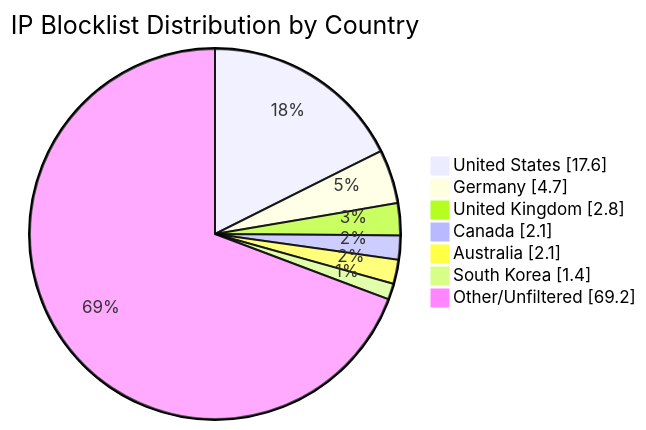
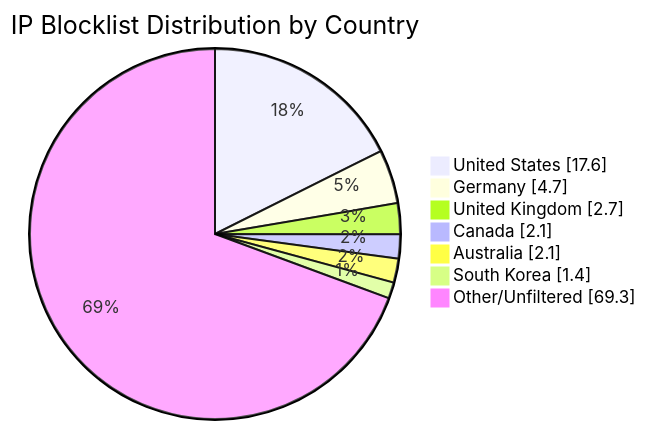
The diagram in README.md (MarcusHoltz/ipblocklist-geofiltered-aggregator), drawn with Mermaid before and after one commit. The commit also changed other lines of this file and 9 other files, not shown here.

````diff
--- a/README.md
+++ b/README.md
@@ -34,10 +34,10 @@
 ```mermaid
 pie showData title IP Blocklist Distribution by Country
 "United States" : 17.6
 "Germany" : 4.7
-"United Kingdom" : 2.8
+"United Kingdom" : 2.7
 "Canada" : 2.1
 "Australia" : 2.1
 "South Korea" : 1.4
-"Other/Unfiltered" : 69.2
+"Other/Unfiltered" : 69.3
 ```
````
